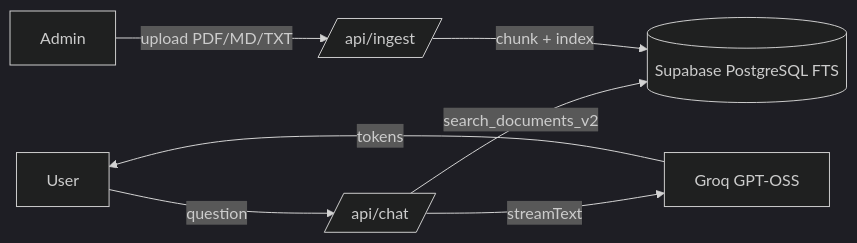
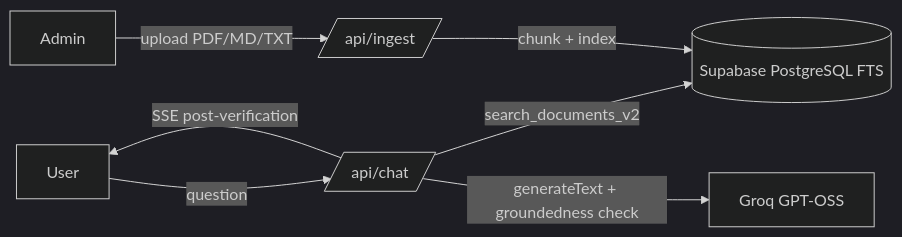
Before and after one commit to DanielTrindade/ask-me-rag: the diagram in README.md, drawn with Mermaid (dark theme). The commit also changed other lines of this file and 34 other files, not shown here.

````diff
--- a/README.md
+++ b/README.md
@@ -22,9 +22,9 @@
 ```mermaid
 flowchart LR
   U[User] -->|question| C[/api/chat/]
   C -->|search_documents_v2| DB[(Supabase PostgreSQL FTS)]
-  C -->|streamText| LLM[Groq GPT-OSS]
-  LLM -->|tokens| U
+  C -->|generateText + groundedness check| LLM[Groq GPT-OSS]
+  C -->|SSE post-verification| U
   A[Admin] -->|upload PDF/MD/TXT| I[/api/ingest/]
   I -->|chunk + index| DB
 ```
````
